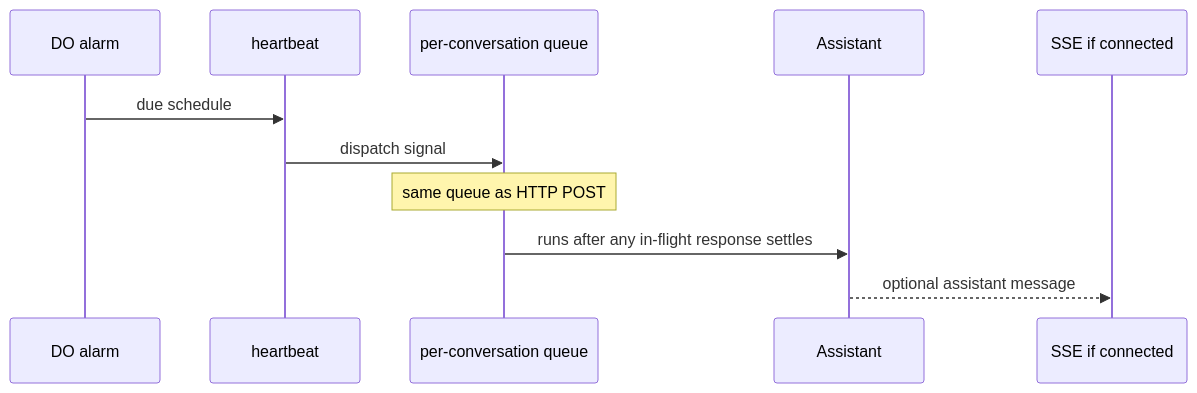
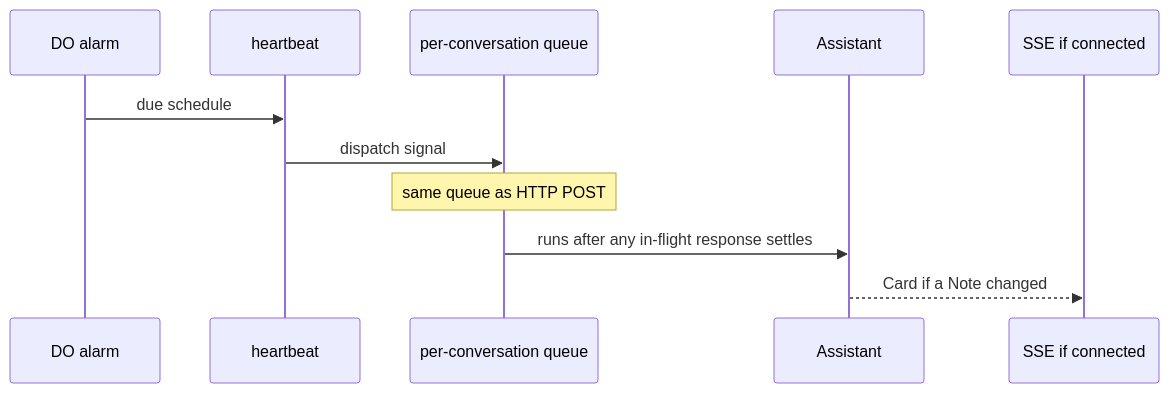
One commit to Perk4/flue-sandbox-agent changed the third of 4 diagrams in data-flow.md. Above: the diagram before and after it, drawn with Mermaid. The commit also changed other lines of this file and 1 other file, not shown here.

First line of the commit message:
docs: align the how-to with the locked Assistant tree

````diff
--- a/data-flow.md
+++ b/data-flow.md
@@ -157,14 +157,14 @@
 ```mermaid
 sequenceDiagram
   participant Alarm as DO alarm
   participant CB as heartbeat
   participant Q as per-conversation queue
   participant Asst as Assistant
   participant UI as SSE if connected
 
   Alarm->>CB: due schedule
   CB->>Q: dispatch signal
   Note over Q: same queue as HTTP POST
   Q->>Asst: runs after any in-flight response settles
-  Asst-->>UI: optional assistant message
+  Asst-->>UI: Card if a Note changed
 ```
````
